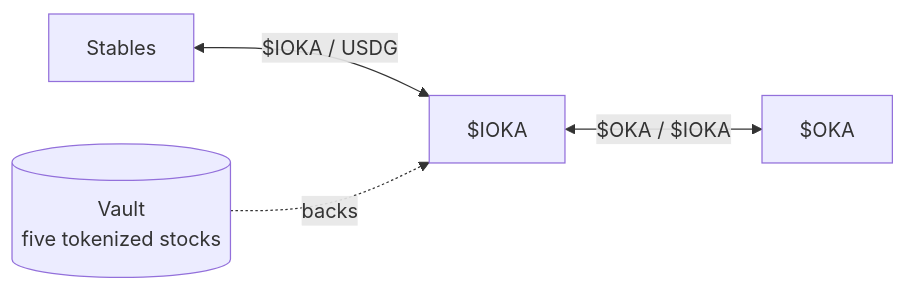
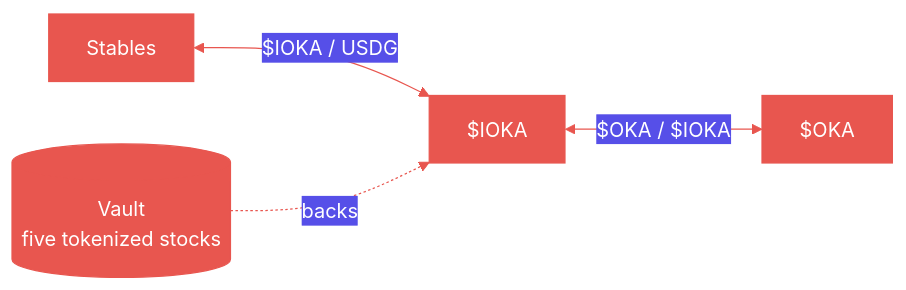
The first of 3 diagrams in concepts/tokens.mdx (8digitsLabs/docs), drawn with Mermaid before and after one commit. The commit also changed other lines of this file, not shown here.

Commit message:
docs: enhance mermaid diagrams with theme initialization for consistency

````diff
--- a/concepts/tokens.mdx
+++ b/concepts/tokens.mdx
@@ -56,6 +56,7 @@
 ```mermaid
+%%{init: {'theme':'base','themeVariables':{'primaryColor':'#e8564f','primaryTextColor':'#ffffff','primaryBorderColor':'#e8564f','lineColor':'#e8564f','fontFamily':'inherit'}}}%%
 flowchart LR
   USDG[Stables] <-->|"$IOKA / USDG"| IOKA["$IOKA"]
   IOKA <-->|"$OKA / $IOKA"| OKA["$OKA"]
   VAULT[("Vault<br/>five tokenized stocks")] -.->|"backs"| IOKA
 ```
````
